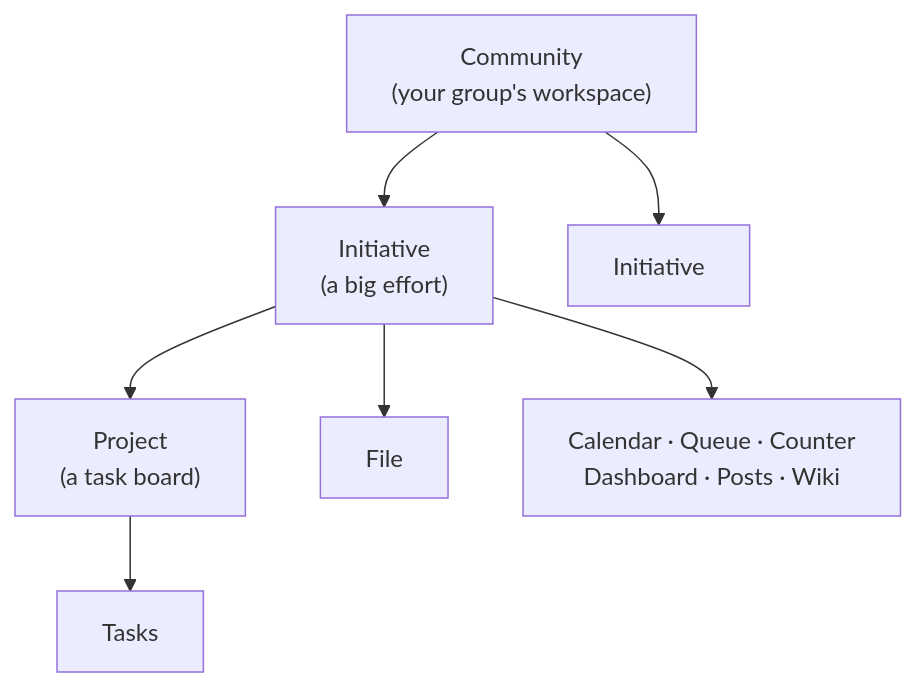
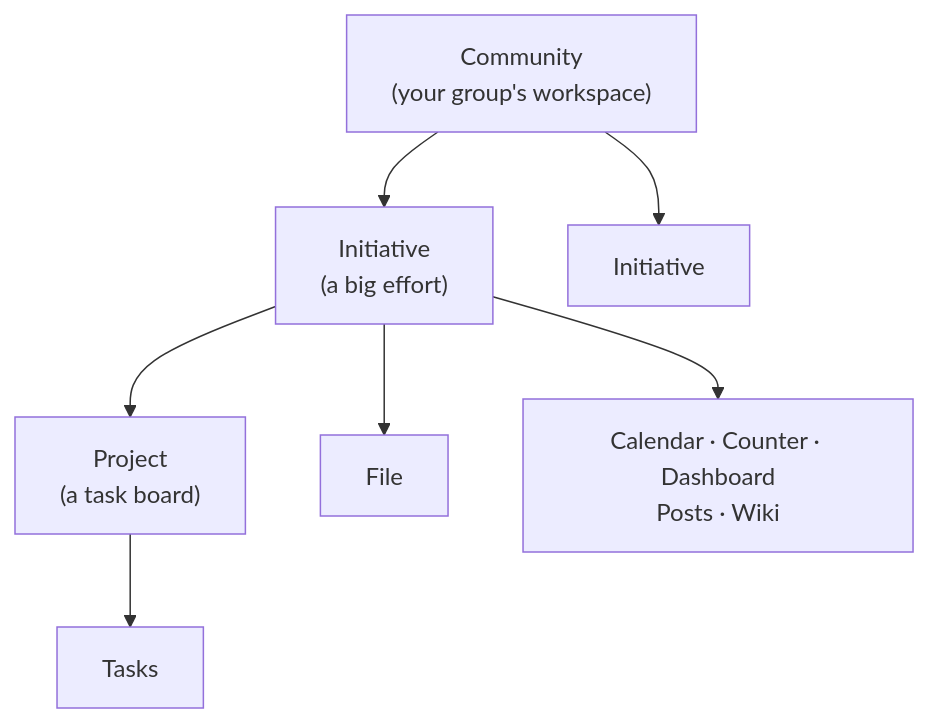
One commit to beyonders-studio/initiative changed the diagram in docs/en/concepts/index.md. Above: the diagram before and after it, drawn with Mermaid. The commit also changed other lines of this file and 26 other files, not shown here.

````diff
--- a/docs/en/concepts/index.md
+++ b/docs/en/concepts/index.md
@@ -11,17 +11,17 @@
 ```mermaid
 graph TD
   G["Community<br/>(your group's workspace)"]
   I1["Initiative<br/>(a big effort)"]
   I2["Initiative"]
   P1["Project<br/>(a task board)"]
   D1["File"]
-  T1["Calendar · Queue · Counter<br/>Dashboard · Posts · Wiki"]
+  T1["Calendar · Counter · Dashboard<br/>Posts · Wiki"]
   TASK["Tasks"]
 
   G --> I1
   G --> I2
   I1 --> P1
   I1 --> D1
   I1 --> T1
   P1 --> TASK
 ```
````
